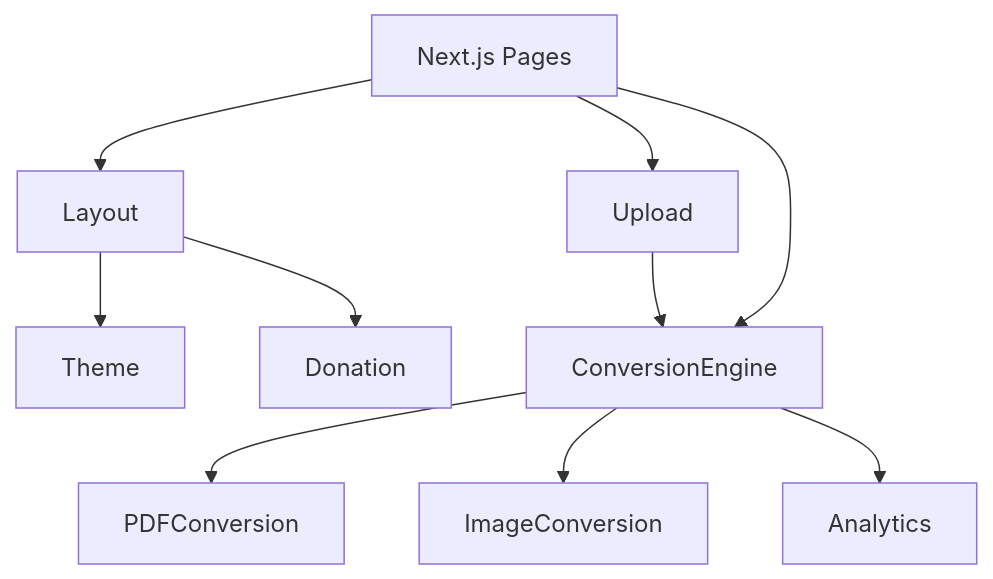
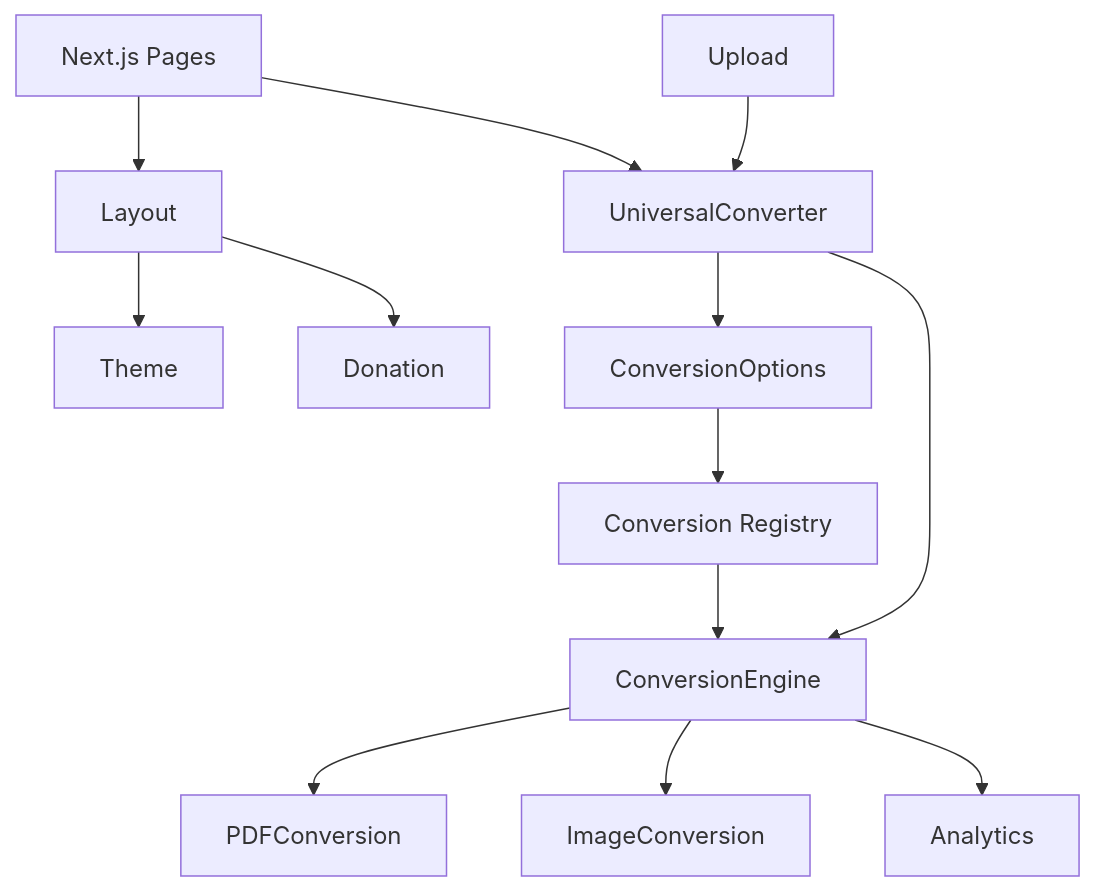
One commit to albiancdp/gantiin changed the diagram in docs/architecture/modules.md. Above: the diagram before and after it, drawn with Mermaid. The commit also changed other lines of this file and 79 other files, not shown here.

````diff
--- a/docs/architecture/modules.md
+++ b/docs/architecture/modules.md
@@ -124,15 +137,18 @@
 ```mermaid
 graph TD
     Layout --> Theme
     Layout --> Donation
-    
-    Upload --> ConversionEngine
+
+    Upload --> UniversalConverter
+    UniversalConverter --> ConversionOptions
+    ConversionOptions --> Registry[Conversion Registry]
+    UniversalConverter --> ConversionEngine
     ConversionEngine --> PDFConversion
     ConversionEngine --> ImageConversion
-    
+    Registry --> ConversionEngine
+
     ConversionEngine --> Analytics
-    
+
     UI[Next.js Pages] --> Layout
-    UI --> Upload
-    UI --> ConversionEngine
+    UI --> UniversalConverter
 ```
````
